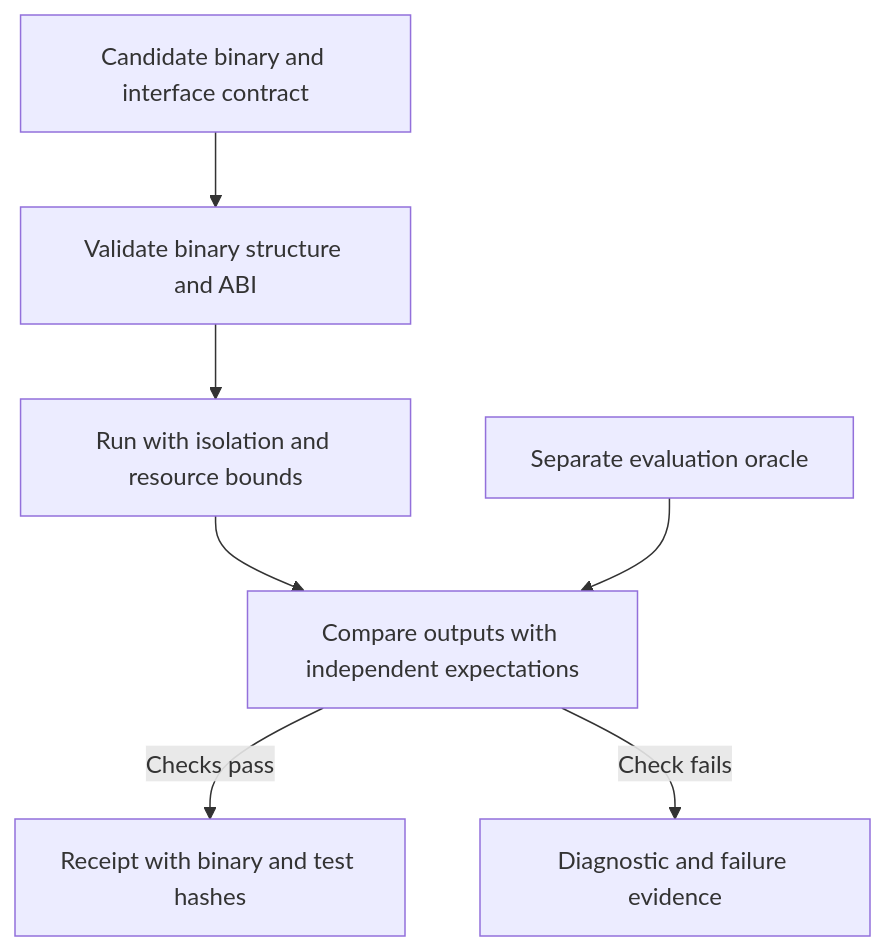
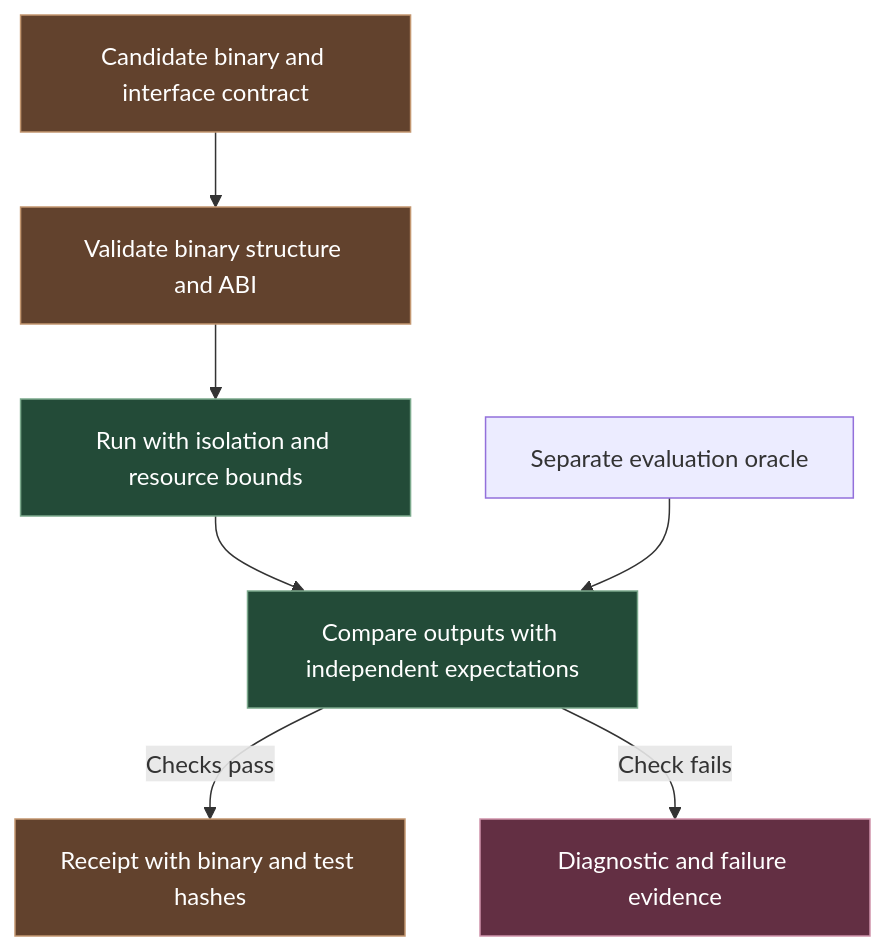
One commit to Kian-hdr/lore-demo changed the fifth of 6 diagrams in docs/Subsystems.md. Above: the diagram before and after it, drawn with Mermaid. The commit also changed other lines of this file and 7 other files, not shown here.

Commit message:
IND-317 visualize memory architecture and use numeric hierarchy codes

````diff
--- a/docs/Subsystems.md
+++ b/docs/Subsystems.md
@@ -68,9 +84,15 @@
 ```mermaid
 flowchart TD
     A["Candidate binary and interface contract"] --> B["Validate binary structure and ABI"]
     B --> C["Run with isolation and resource bounds"]
     C --> D["Compare outputs with independent expectations"]
     D -->|Checks pass| E["Receipt with binary and test hashes"]
     D -->|Check fails| F["Diagnostic and failure evidence"]
     G["Separate evaluation oracle"] --> D
+    classDef exec fill:#62422d,stroke:#c39770,color:#ffffff;
+    class A,B,E exec;
+    classDef check fill:#234b38,stroke:#7ba98c,color:#ffffff;
+    class C,D check;
+    classDef change fill:#632f43,stroke:#cf93ab,color:#ffffff;
+    class F change;
 ```
````
